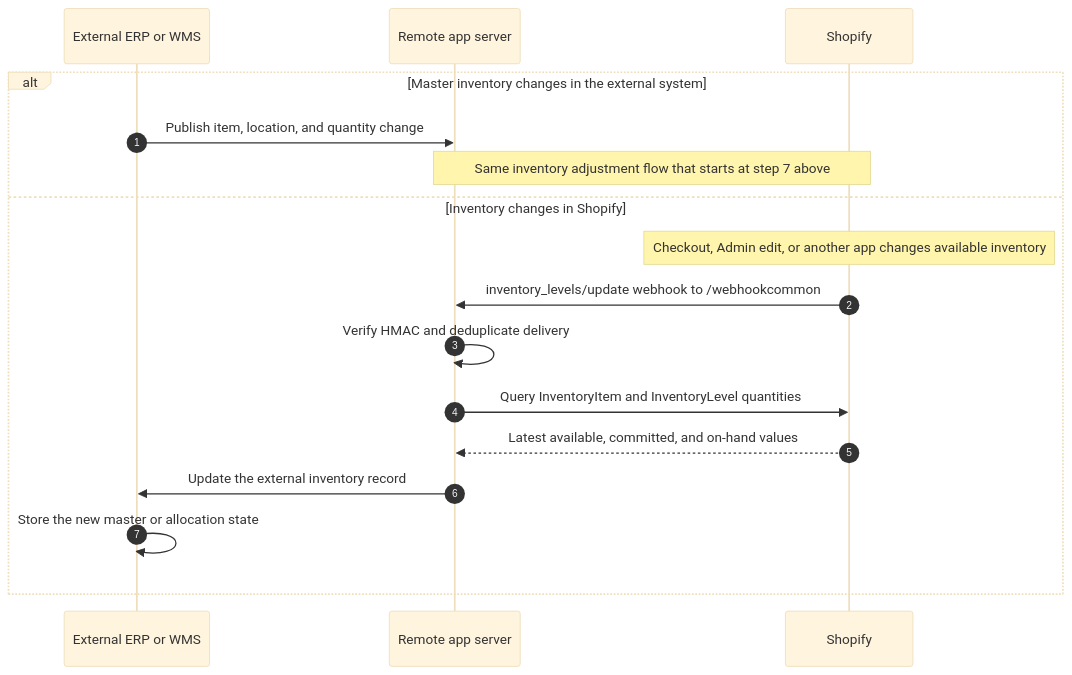
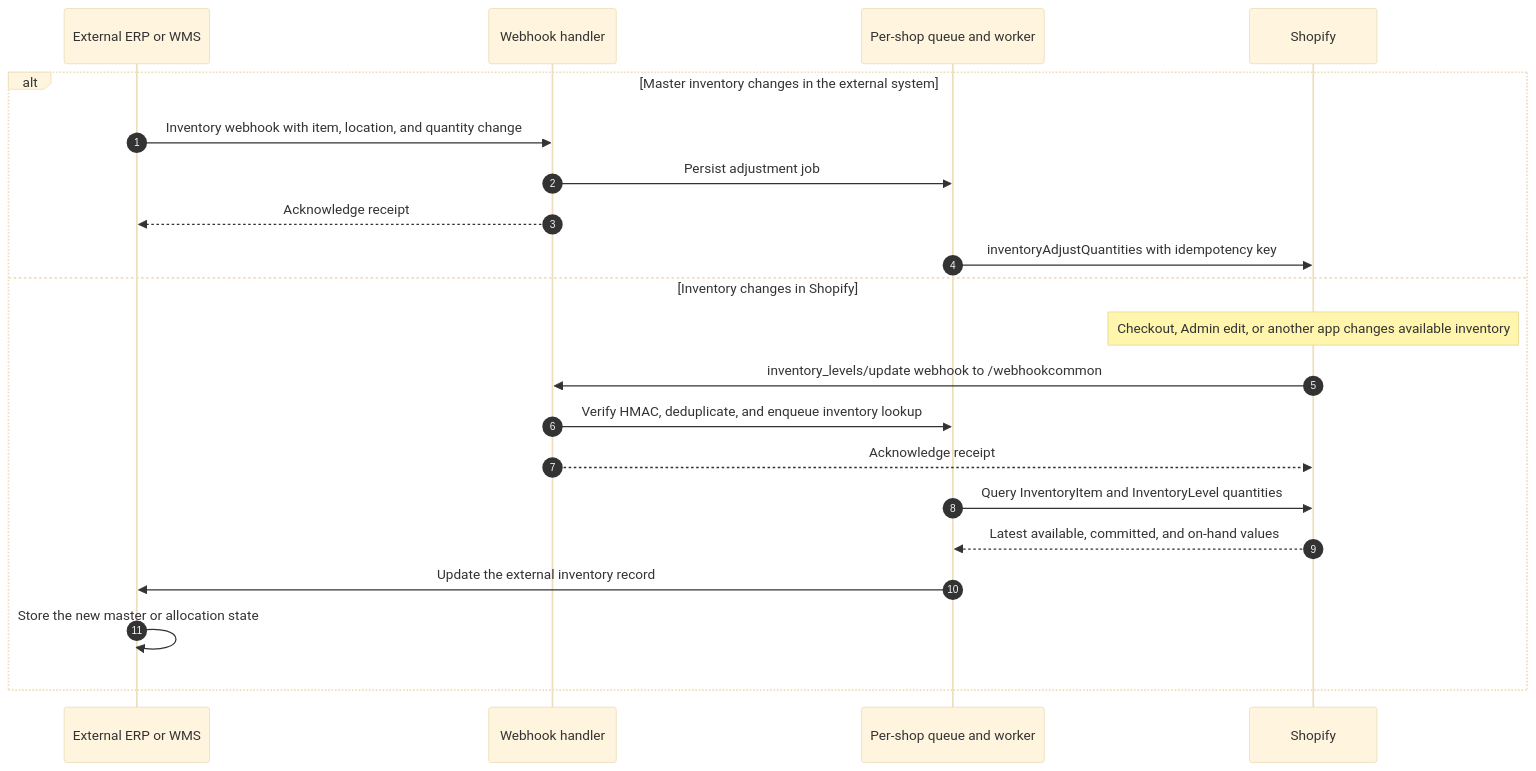
The third of 4 diagrams in docs/13-ordermanage.md (benzookapi/shopify-barebone-app-sample), drawn with Mermaid (base theme) before and after one commit. The commit also changed other lines of this file, not shown here.

Commit message:
Document queued Admin API calls for ERP inventory sync

````diff
--- a/docs/13-ordermanage.md
+++ b/docs/13-ordermanage.md
@@ -70,20 +72,24 @@
 ```mermaid
 sequenceDiagram
     autonumber
     participant ERP as External ERP or WMS
-    participant App as Remote app server
+    participant App as Webhook handler
+    participant Jobs as Per-shop queue and worker
     participant Shopify as Shopify
 
     alt Master inventory changes in the external system
-        ERP->>App: Publish item, location, and quantity change
-        Note over App,Shopify: Same inventory adjustment flow that starts at step 7 above
+        ERP->>App: Inventory webhook with item, location, and quantity change
+        App->>Jobs: Persist adjustment job
+        App-->>ERP: Acknowledge receipt
+        Jobs->>Shopify: inventoryAdjustQuantities with idempotency key
     else Inventory changes in Shopify
         Note over Shopify: Checkout, Admin edit, or another app changes available inventory
         Shopify->>App: inventory_levels/update webhook to /webhookcommon
-        App->>App: Verify HMAC and deduplicate delivery
-        App->>Shopify: Query InventoryItem and InventoryLevel quantities
-        Shopify-->>App: Latest available, committed, and on-hand values
-        App->>ERP: Update the external inventory record
+        App->>Jobs: Verify HMAC, deduplicate, and enqueue inventory lookup
+        App-->>Shopify: Acknowledge receipt
+        Jobs->>Shopify: Query InventoryItem and InventoryLevel quantities
+        Shopify-->>Jobs: Latest available, committed, and on-hand values
+        Jobs->>ERP: Update the external inventory record
         ERP->>ERP: Store the new master or allocation state
     end
 ```
````
